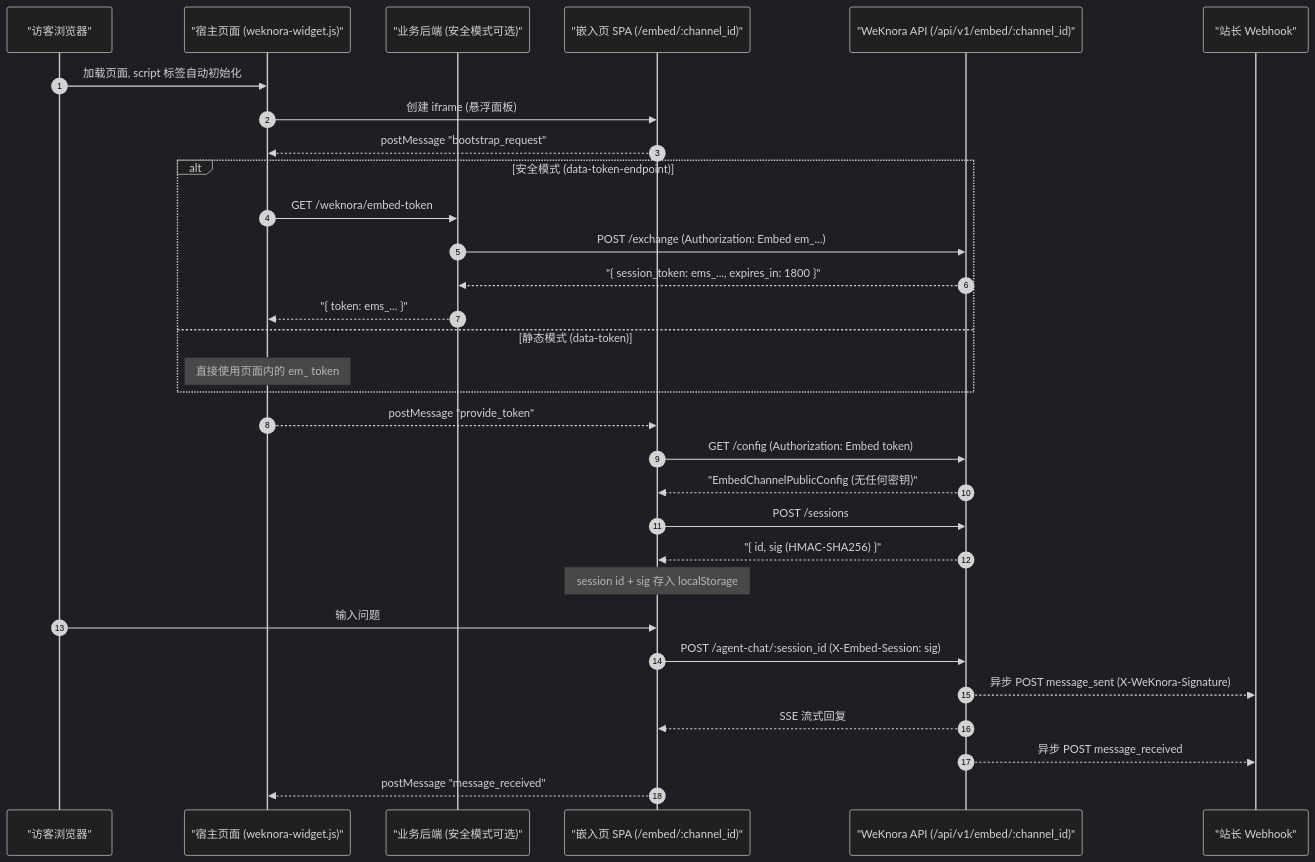
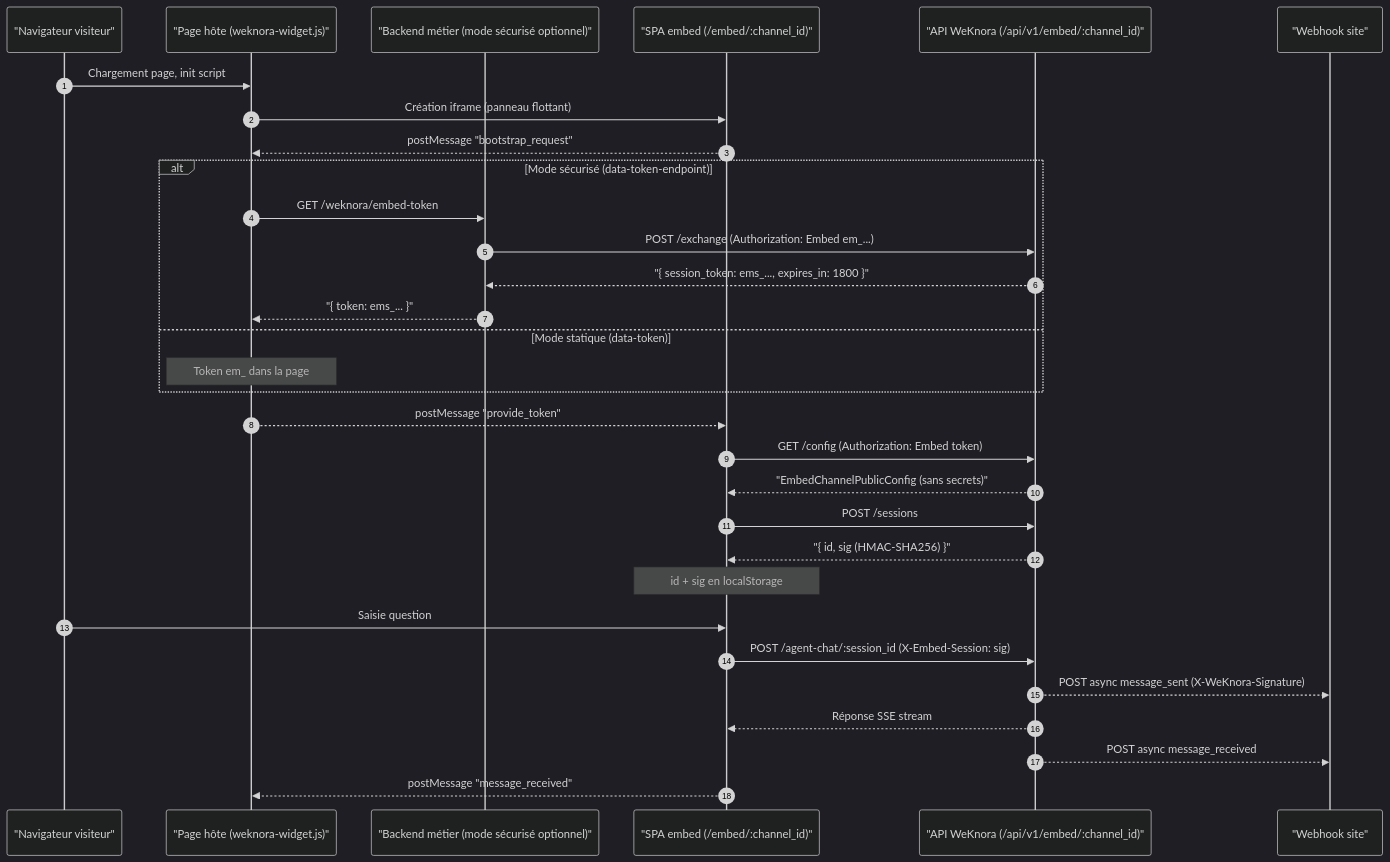
The diagram in website-docs/03-features/13-embed-channel.md (samiriggui-code/gsms-template), drawn with Mermaid (dark theme) before and after one commit. The commit also changed other lines of this file and 301 other files, not shown here.

````diff
--- a/website-docs/03-features/13-embed-channel.md
+++ b/website-docs/03-features/13-embed-channel.md
@@ -270,34 +270,34 @@
 ```mermaid
 sequenceDiagram
     autonumber
-    participant Visitor as "访客浏览器"
-    participant Host as "宿主页面 (weknora-widget.js)"
-    participant Backend as "业务后端 (安全模式可选)"
-    participant Iframe as "嵌入页 SPA (/embed/:channel_id)"
-    participant API as "WeKnora API (/api/v1/embed/:channel_id)"
-    participant Webhook as "站长 Webhook"
+    participant Visitor as "Navigateur visiteur"
+    participant Host as "Page hôte (weknora-widget.js)"
+    participant Backend as "Backend métier (mode sécurisé optionnel)"
+    participant Iframe as "SPA embed (/embed/:channel_id)"
+    participant API as "API WeKnora (/api/v1/embed/:channel_id)"
+    participant Webhook as "Webhook site"
 
-    Visitor->>Host: 加载页面, script 标签自动初始化
-    Host->>Iframe: 创建 iframe (悬浮面板)
+    Visitor->>Host: Chargement page, init script
+    Host->>Iframe: Création iframe (panneau flottant)
     Iframe-->>Host: postMessage "bootstrap_request"
-    alt 安全模式 (data-token-endpoint)
+    alt Mode sécurisé (data-token-endpoint)
         Host->>Backend: GET /weknora/embed-token
         Backend->>API: POST /exchange (Authorization: Embed em_...)
         API-->>Backend: "{ session_token: ems_..., expires_in: 1800 }"
         Backend-->>Host: "{ token: ems_... }"
-    else 静态模式 (data-token)
-        Note over Host: 直接使用页面内的 em_ token
+    else Mode statique (data-token)
+        Note over Host: Token em_ dans la page
     end
     Host-->>Iframe: postMessage "provide_token"
     Iframe->>API: GET /config (Authorization: Embed token)
-    API-->>Iframe: "EmbedChannelPublicConfig (无任何密钥)"
+    API-->>Iframe: "EmbedChannelPublicConfig (sans secrets)"
     Iframe->>API: POST /sessions
     API-->>Iframe: "{ id, sig (HMAC-SHA256) }"
-    Note over Iframe: session id + sig 存入 localStorage
-    Visitor->>Iframe: 输入问题
+    Note over Iframe: id + sig en localStorage
+    Visitor->>Iframe: Saisie question
     Iframe->>API: POST /agent-chat/:session_id (X-Embed-Session: sig)
-    API-->>Webhook: 异步 POST message_sent (X-WeKnora-Signature)
-    API-->>Iframe: SSE 流式回复
-    API-->>Webhook: 异步 POST message_received
+    API-->>Webhook: POST async message_sent (X-WeKnora-Signature)
+    API-->>Iframe: Réponse SSE stream
+    API-->>Webhook: POST async message_received
     Iframe-->>Host: postMessage "message_received"
 ```
````
